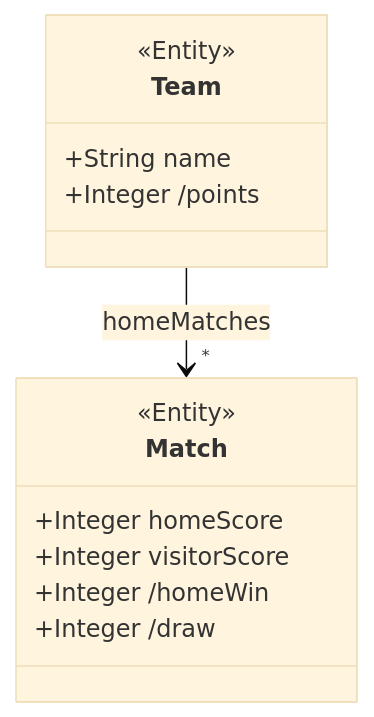
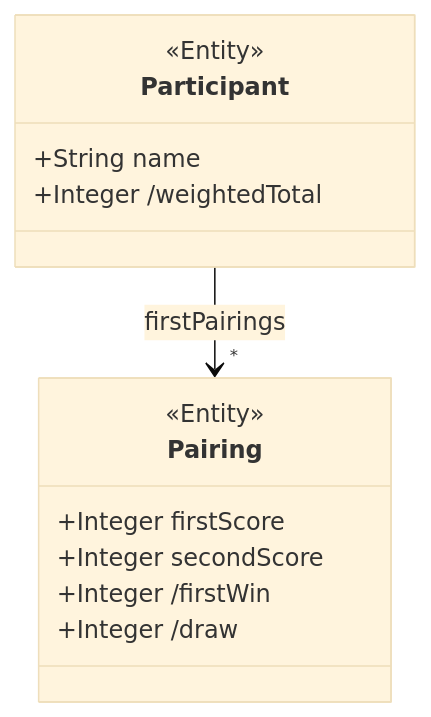
Before and after one commit to BlackBeltTechnology/judo-blueprint: the diagram in catalog/best-practices/model/integer-boolean-for-aggregation.md, drawn with Mermaid (base theme). The commit also changed other lines of this file and 538 other files, not shown here.

````diff
--- a/catalog/best-practices/model/integer-boolean-for-aggregation.md
+++ b/catalog/best-practices/model/integer-boolean-for-aggregation.md
@@ -78,16 +78,16 @@
 ```mermaid
 classDiagram
-  class Match {
+  class Pairing {
     <<Entity>>
-    +Integer homeScore
-    +Integer visitorScore
-    +Integer /homeWin
+    +Integer firstScore
+    +Integer secondScore
+    +Integer /firstWin
     +Integer /draw
   }
-  class Team {
+  class Participant {
     <<Entity>>
     +String name
-    +Integer /points
+    +Integer /weightedTotal
   }
-  Team --> "*" Match : homeMatches
+  Participant --> "*" Pairing : firstPairings
 ```
````
